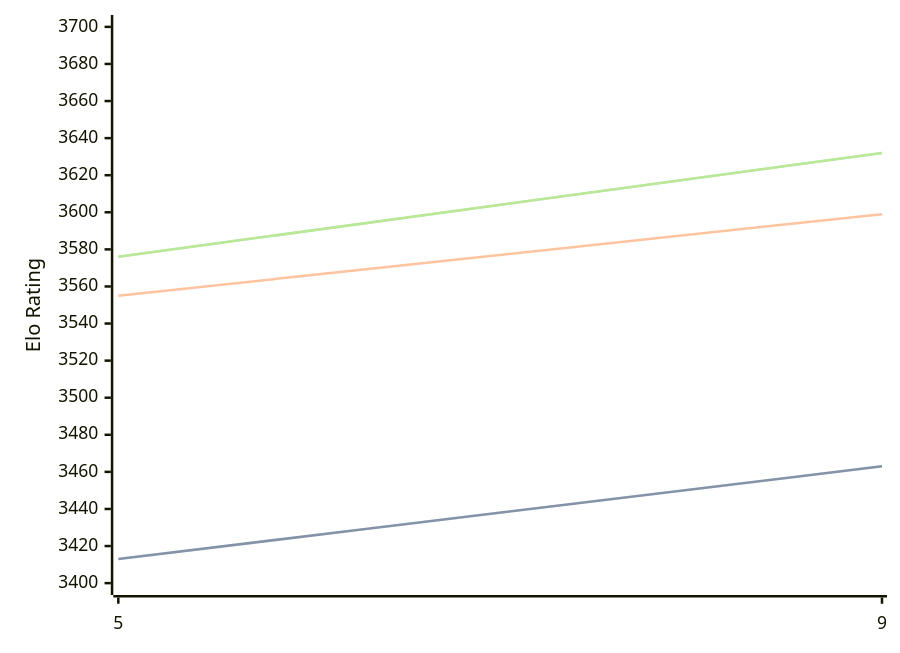
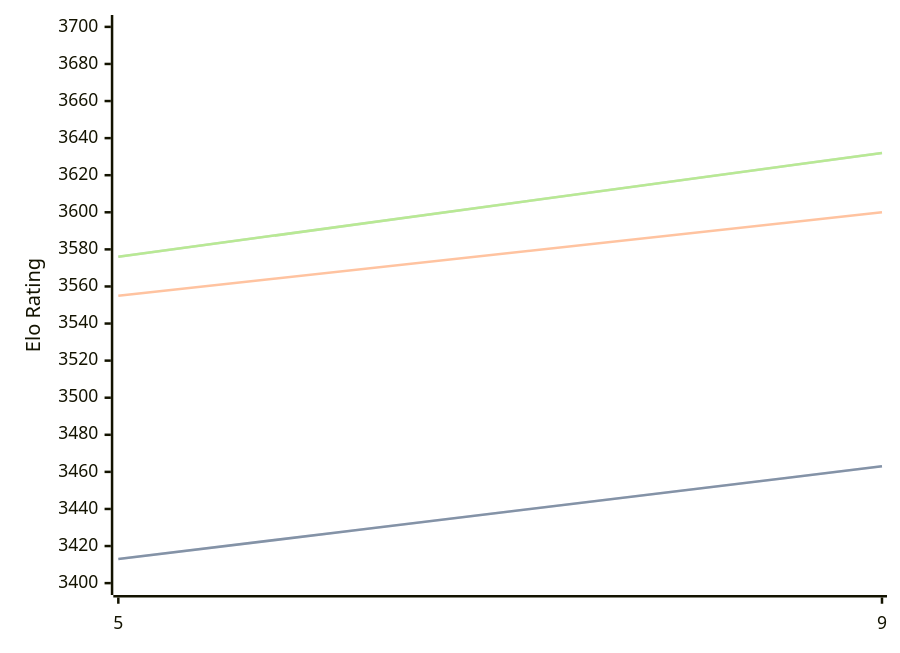
The diagram in engines/Crystal.md (computer-chess-index/cci), drawn with Mermaid before and after one commit. The commit also changed other lines of this file, not shown here.

````diff
--- a/engines/Crystal.md
+++ b/engines/Crystal.md
@@ -57,11 +57,11 @@
 ```mermaid
 %%{init: {"theme":"base","themeVariables":{"seriesColors:['#a3a3a3','#222221','#faa371']}}}%%
 xychart-beta
   x-axis ["5", "9"]
   y-axis "Elo Rating" 3400 --> 3700
   line "STC (8.0+0.08s)" [3413, 3463]
   line "STC (8.0+0.08s)" [3413, 3463]
-  line "LTC (60.0+0.60s)" [3555, 3599]
+  line "LTC (60.0+0.60s)" [3555, 3600]
   line "VLTC (2m24s+1.12s)" [3576, 3632]
   line "VLTC (2m24s+1.12s)" [3576, 3632]
 ```
````
